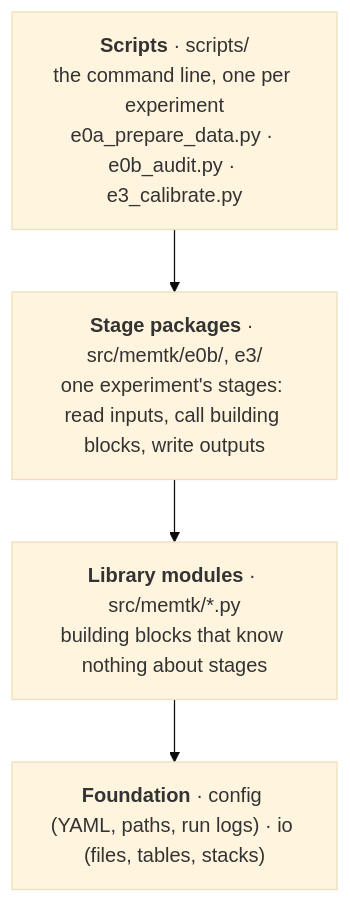
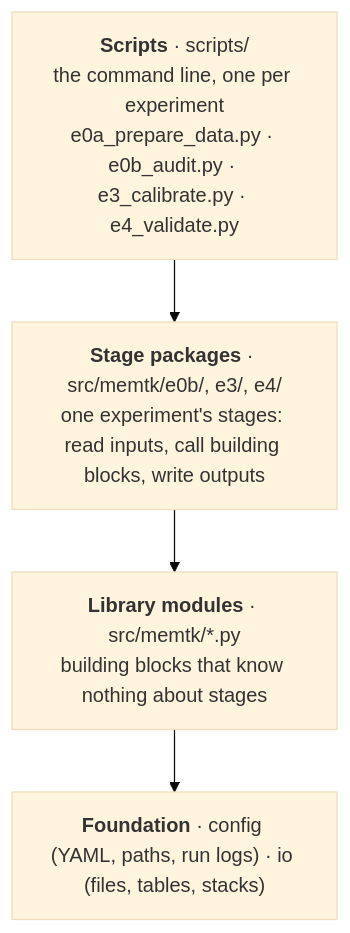
The second of 2 diagrams in docs/architecture.md (mattia3003/MT_project), drawn with Mermaid (base theme) before and after one commit. The commit also changed other lines of this file and 40 other files, not shown here.

````diff
--- a/docs/architecture.md
+++ b/docs/architecture.md
@@ -84,8 +85,8 @@
 ```mermaid
 flowchart TB
-    L1["<b>Scripts</b> · scripts/<br/>the command line, one per experiment<br/>e0a_prepare_data.py · e0b_audit.py · e3_calibrate.py"]
-    L2["<b>Stage packages</b> · src/memtk/e0b/, e3/<br/>one experiment's stages: read inputs, call building blocks, write outputs"]
+    L1["<b>Scripts</b> · scripts/<br/>the command line, one per experiment<br/>e0a_prepare_data.py · e0b_audit.py · e3_calibrate.py · e4_validate.py"]
+    L2["<b>Stage packages</b> · src/memtk/e0b/, e3/, e4/<br/>one experiment's stages: read inputs, call building blocks, write outputs"]
     L3["<b>Library modules</b> · src/memtk/*.py<br/>building blocks that know nothing about stages"]
     L4["<b>Foundation</b> · config (YAML, paths, run logs) · io (files, tables, stacks)"]
     L1 --> L2 --> L3 --> L4
 ```
````
